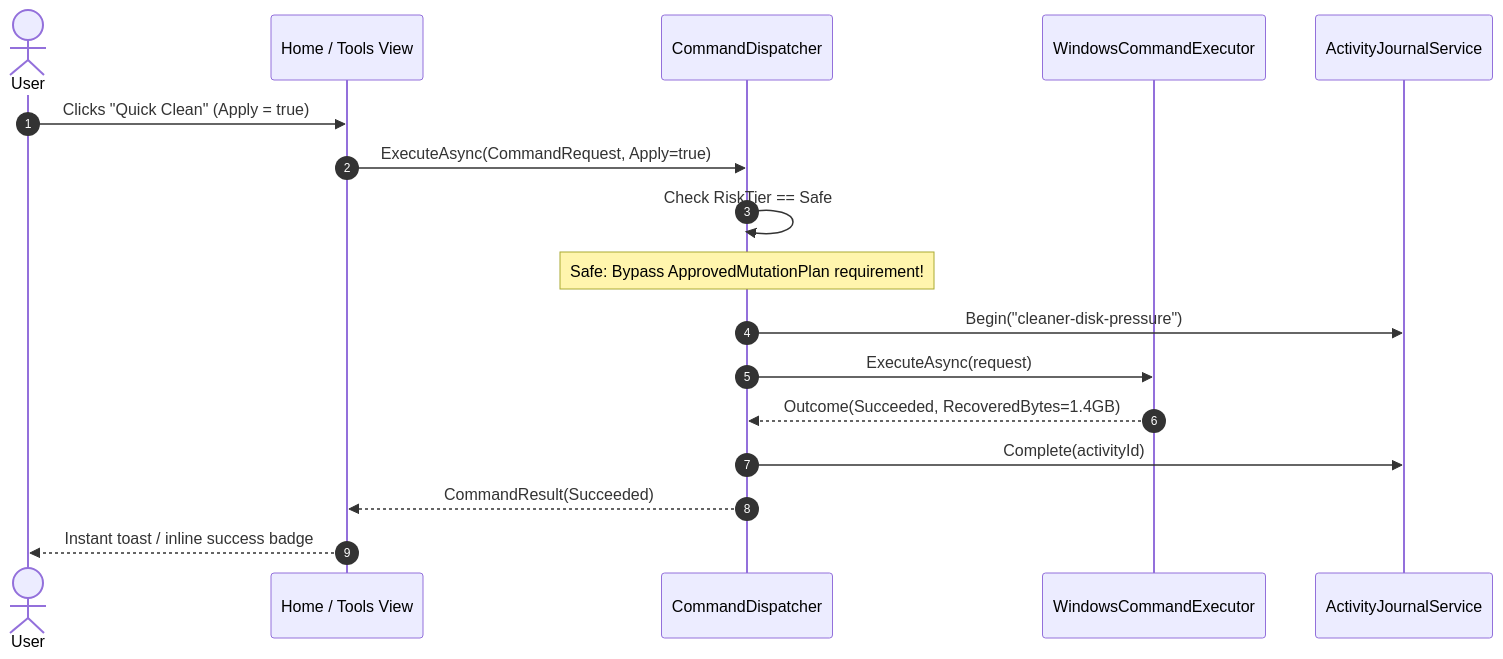
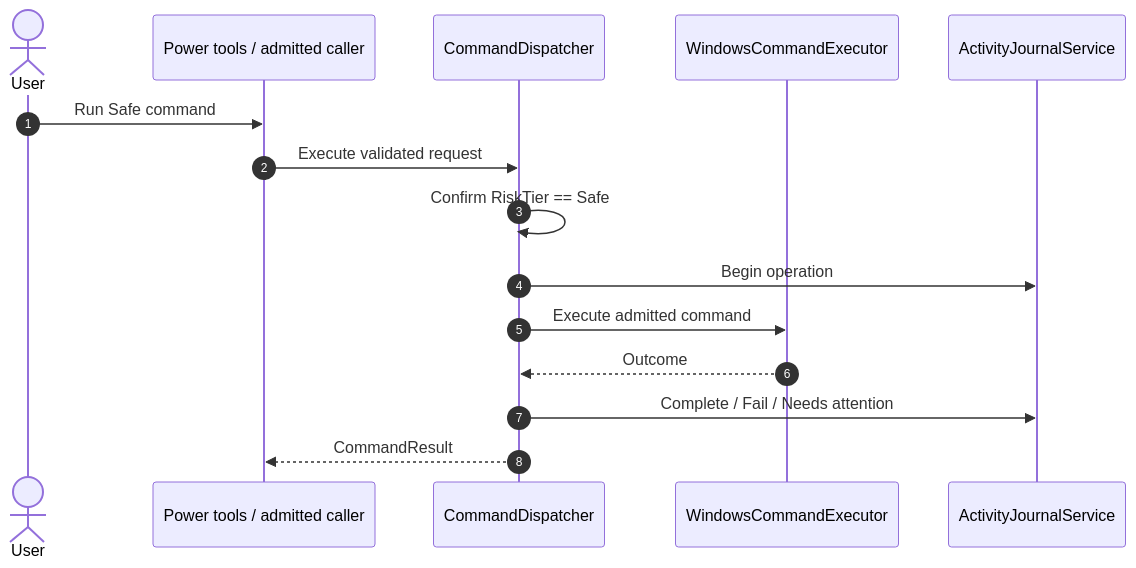
One commit to AmirrezaFarnamTaheri/WinCare changed the fifth of 9 diagrams in docs/architecture/c4-model.md. Above: the diagram before and after it, drawn with Mermaid. The commit also changed other lines of this file and 86 other files, not shown here.

````diff
--- a/docs/architecture/c4-model.md
+++ b/docs/architecture/c4-model.md
@@ -112,20 +144,18 @@
 ```mermaid
 sequenceDiagram
     autonumber
     actor User
-    participant UI as Home / Tools View
+    participant UI as Power tools / admitted caller
     participant Disp as CommandDispatcher
     participant Exec as WindowsCommandExecutor
     participant Jrnl as ActivityJournalService
 
-    User->>UI: Clicks "Quick Clean" (Apply = true)
-    UI->>Disp: ExecuteAsync(CommandRequest, Apply=true)
-    Disp->>Disp: Check RiskTier == Safe
-    Note over Disp: Safe: Bypass ApprovedMutationPlan requirement!
-    Disp->>Jrnl: Begin("cleaner-disk-pressure")
-    Disp->>Exec: ExecuteAsync(request)
-    Exec-->>Disp: Outcome(Succeeded, RecoveredBytes=1.4GB)
-    Disp->>Jrnl: Complete(activityId)
-    Disp-->>UI: CommandResult(Succeeded)
-    UI-->>User: Instant toast / inline success badge
+    User->>UI: Run Safe command
+    UI->>Disp: Execute validated request
+    Disp->>Disp: Confirm RiskTier == Safe
+    Disp->>Jrnl: Begin operation
+    Disp->>Exec: Execute admitted command
+    Exec-->>Disp: Outcome
+    Disp->>Jrnl: Complete / Fail / Needs attention
+    Disp-->>UI: CommandResult
 ```
````
